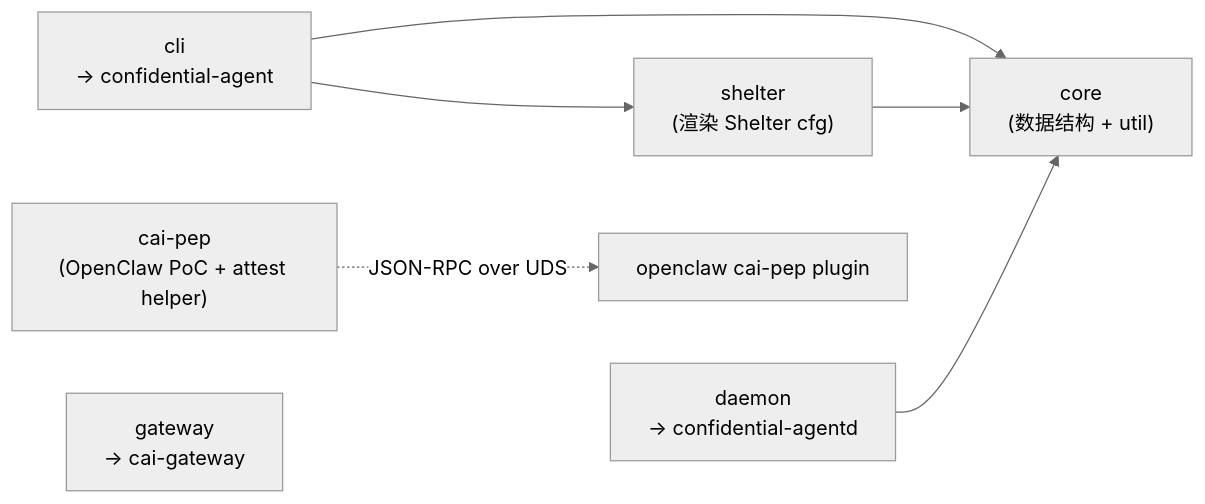
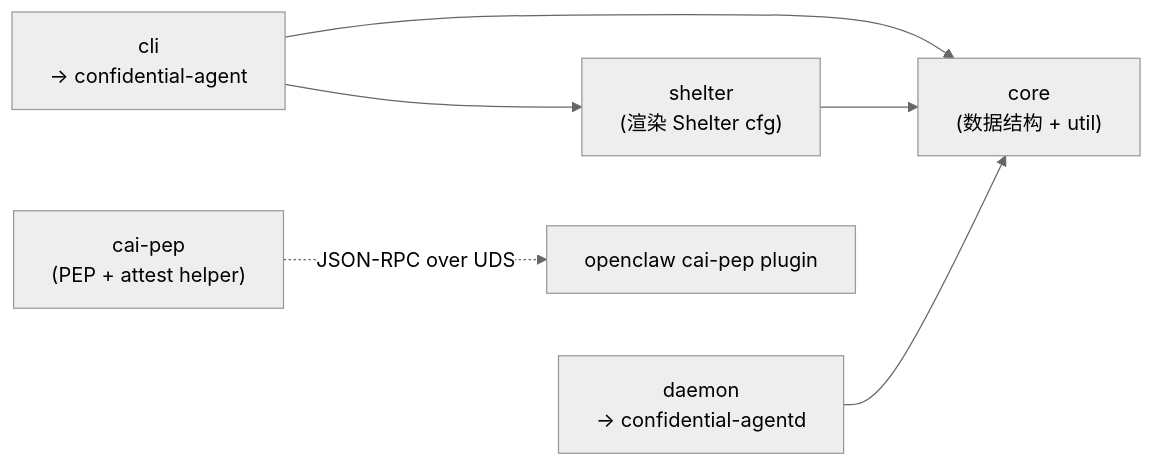
Before and after one commit to inclavare-containers/confidential-agent: the first of 7 diagrams in docs/architecture.md, drawn with Mermaid (neutral theme). The commit also changed other lines of this file and 61 other files, not shown here.

````diff
--- a/docs/architecture.md
+++ b/docs/architecture.md
@@ -9,15 +9,14 @@
 ```mermaid
 flowchart LR
     core["core<br/>(数据结构 + util)"]
     shelter["shelter<br/>(渲染 Shelter cfg)"]
     cli["cli<br/>→ confidential-agent"]
     daemon["daemon<br/>→ confidential-agentd"]
-    pep["cai-pep<br/>(OpenClaw PoC + attest helper)"]
-    gateway["gateway<br/>→ cai-gateway"]
+    pep["cai-pep<br/>(PEP + attest helper)"]
 
     cli --> core
     cli --> shelter
     shelter --> core
     daemon --> core
     pep -. "JSON-RPC over UDS" .-> appplugin["openclaw cai-pep plugin"]
 ```
````
